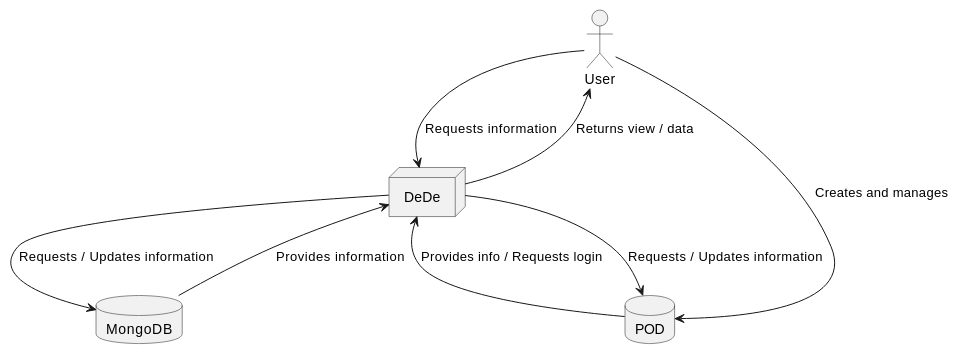
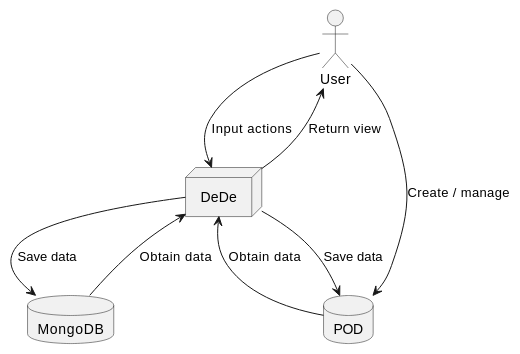
Before and after one commit to Arquisoft/dede_en1b: the first of 2 diagrams in docs/05_building_block_view.adoc, drawn with PlantUML. The commit also changed other lines of this file and 1 other file, not shown here.

Commit message:
Doc 5 finished

```diff
--- a/docs/05_building_block_view.adoc
+++ b/docs/05_building_block_view.adoc
@@ -40,16 +40,16 @@
 [plantuml]
 ....
 @startuml
 Actor User
 database POD
 database MongoDB
 node DeDe
-User -> DeDe : Requests information
-User -> POD : Creates and manages
-DeDe --> User : Returns view / data
-DeDe --> POD : Requests / Updates information
-DeDe --> MongoDB : Requests / Updates information
-POD --> DeDe : Provides info / Requests login
-MongoDB --> DeDe : Provides information
+User -> DeDe : Input actions
+User -> POD : Create / manage
+DeDe --> User : Return view
+DeDe --> POD : Save data
+DeDe --> MongoDB : Save data
+POD --> DeDe : Obtain data
+MongoDB --> DeDe : Obtain data
 @enduml
 ....
```
